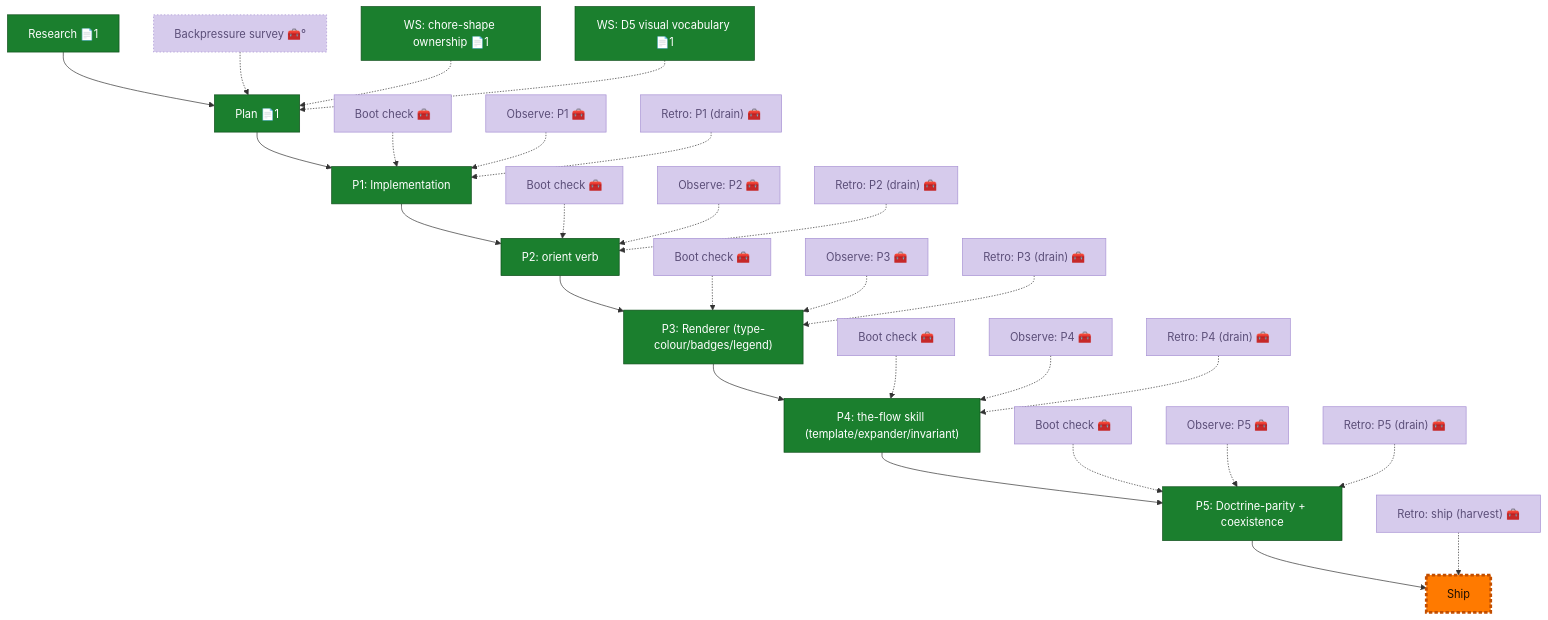
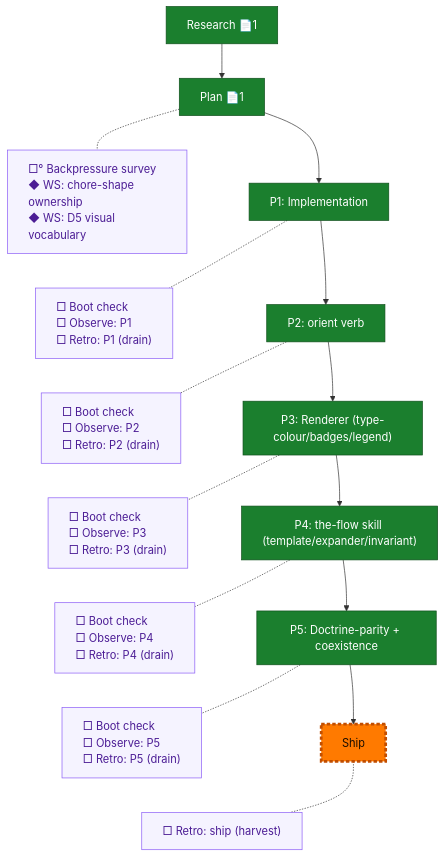
Before and after one commit to AI-Substrate/harness-engineering: the diagram in docs/plans/040-flow-template-orient-instructions/the-flow.md, drawn with Mermaid. The commit also changed 53 other files, not shown here.

First line of the commit message:
docs: close out flow states + land prior-session artifacts (034-052)

````diff
--- a/docs/plans/040-flow-template-orient-instructions/the-flow.md
+++ b/docs/plans/040-flow-template-orient-instructions/the-flow.md
@@ -8,76 +8,39 @@
 ```mermaid
 flowchart TD
     research["Research 📄1"]:::done
     plan["Plan 📄1"]:::done
     phase_1["P1: Implementation"]:::done
-    ship["Ship"]:::assumed
     phase_2["P2: orient verb"]:::done
     phase_3["P3: Renderer (type-colour/badges/legend)"]:::done
     phase_4["P4: the-flow skill (template/expander/invariant)"]:::done
     phase_5["P5: Doctrine-parity + coexistence"]:::done
+    ship["Ship"]:::assumed
 
-    research --> plan
-    plan --> phase_1
-    phase_1 --> phase_2
-    phase_2 --> phase_3
-    phase_3 --> phase_4
-    phase_4 --> phase_5
-    phase_5 --> ship
+    research --> plan --> phase_1 --> phase_2 --> phase_3 --> phase_4 --> phase_5 --> ship
 
-    backpressure["Backpressure survey 🧰°"]:::harnessFaded
-    boot_1["Boot check 🧰"]:::harnessFaded
-    observe_1["Observe: P1 🧰"]:::harnessFaded
-    retro_1["Retro: P1 (drain) 🧰"]:::harnessFaded
-    retro_ship["Retro: ship (harvest) 🧰"]:::harnessFaded
-    ws_coexistence["WS: chore-shape ownership 📄1"]:::done
-    ws_visual["WS: D5 visual vocabulary 📄1"]:::done
-    boot_2["Boot check 🧰"]:::harnessFaded
-    observe_2["Observe: P2 🧰"]:::harnessFaded
-    retro_2["Retro: P2 (drain) 🧰"]:::harnessFaded
-    boot_3["Boot check 🧰"]:::harnessFaded
-    observe_3["Observe: P3 🧰"]:::harnessFaded
-    retro_3["Retro: P3 (drain) 🧰"]:::harnessFaded
-    boot_4["Boot check 🧰"]:::harnessFaded
-    observe_4["Observe: P4 🧰"]:::harnessFaded
-    retro_4["Retro: P4 (drain) 🧰"]:::harnessFaded
-    boot_5["Boot check 🧰"]:::harnessFaded
-    observe_5["Observe: P5 🧰"]:::harnessFaded
-    retro_5["Retro: P5 (drain) 🧰"]:::harnessFaded
-    backpressure -.-> plan
-    boot_1 -.-> phase_1
-    observe_1 -.-> phase_1
-    retro_1 -.-> phase_1
-    retro_ship -.-> ship
-    ws_coexistence -.-> plan
-    ws_visual -.-> plan
-    boot_2 -.-> phase_2
-    observe_2 -.-> phase_2
-    retro_2 -.-> phase_2
-    boot_3 -.-> phase_3
-    observe_3 -.-> phase_3
-    retro_3 -.-> phase_3
-    boot_4 -.-> phase_4
-    observe_4 -.-> phase_4
-    retro_4 -.-> phase_4
-    boot_5 -.-> phase_5
-    observe_5 -.-> phase_5
-    retro_5 -.-> phase_5
+    planC["□° Backpressure survey<br/>◆ WS: chore-shape ownership<br/>◆ WS: D5 visual vocabulary"]:::chore
+    phase_1C["□ Boot check<br/>□ Observe: P1<br/>□ Retro: P1 (drain)"]:::chore
+    phase_2C["□ Boot check<br/>□ Observe: P2<br/>□ Retro: P2 (drain)"]:::chore
+    phase_3C["□ Boot check<br/>□ Observe: P3<br/>□ Retro: P3 (drain)"]:::chore
+    phase_4C["□ Boot check<br/>□ Observe: P4<br/>□ Retro: P4 (drain)"]:::chore
+    phase_5C["□ Boot check<br/>□ Observe: P5<br/>□ Retro: P5 (drain)"]:::chore
+    shipC["□ Retro: ship (harvest)"]:::chore
+
+    %% invisible chain holds the gutter boxes in their own column
+    planC ~~~ phase_1C ~~~ phase_2C ~~~ phase_3C ~~~ phase_4C ~~~ phase_5C ~~~ shipC
+
+    %% dotted links pull each gutter box beside its node
+    plan -.- planC
+    phase_1 -.- phase_1C
+    phase_2 -.- phase_2C
+    phase_3 -.- phase_3C
+    phase_4 -.- phase_4C
+    phase_5 -.- phase_5C
+    ship -.- shipC
 
     classDef done fill:#1B7F2E,stroke:#0F4F1B,color:#fff;
-    classDef wip fill:#43C04A,stroke:#1B7F2E,color:#04210A;
-    classDef blocked fill:#E53935,stroke:#8E1513,color:#fff;
-    classDef known fill:#1E73E8,stroke:#0D3F86,color:#fff;
     classDef assumed fill:#CFD8DC,stroke:#607D8B,color:#1a1a1a,stroke-dasharray:5 3;
-    classDef said fill:#FFD21F,stroke:#C79100,color:#241c00;
-    classDef harness fill:#7E3FF2,stroke:#4A1FA8,color:#fff;
-    classDef harnessFaded fill:#D6CBEC,stroke:#A892D4,color:#5B4E78;
-    classDef decision fill:#FF8F00,stroke:#B25E00,color:#1a1100,stroke-dasharray:2 2;
-    classDef companion fill:#AB2FCB,stroke:#6A1480,color:#fff;
-    classDef worker fill:#00A38C,stroke:#005046,color:#fff;
-    classDef unknown fill:#ECEFF1,stroke:#90A4AE,color:#1a1a1a,stroke-dasharray:1 4;
-    classDef impOptional stroke-dasharray:2 3;
-    classDef impStrong stroke-width:3px;
+    classDef chore fill:#f5f3ff,stroke:#8b5cf6,color:#4c1d95,text-align:left;
     classDef current fill:#FF7A00,stroke:#C24E00,color:#1a0e00,stroke-width:4px;
-    class backpressure impOptional;
     class ship current;
 ```
````
